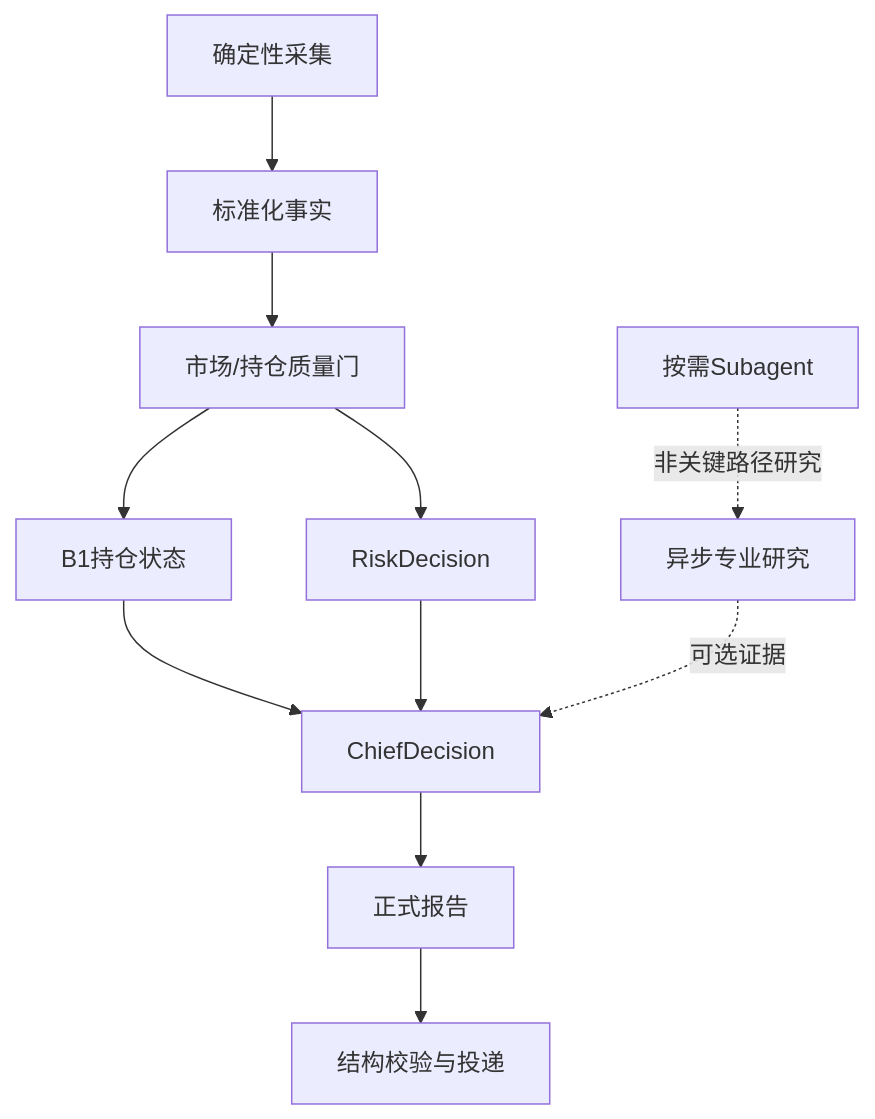
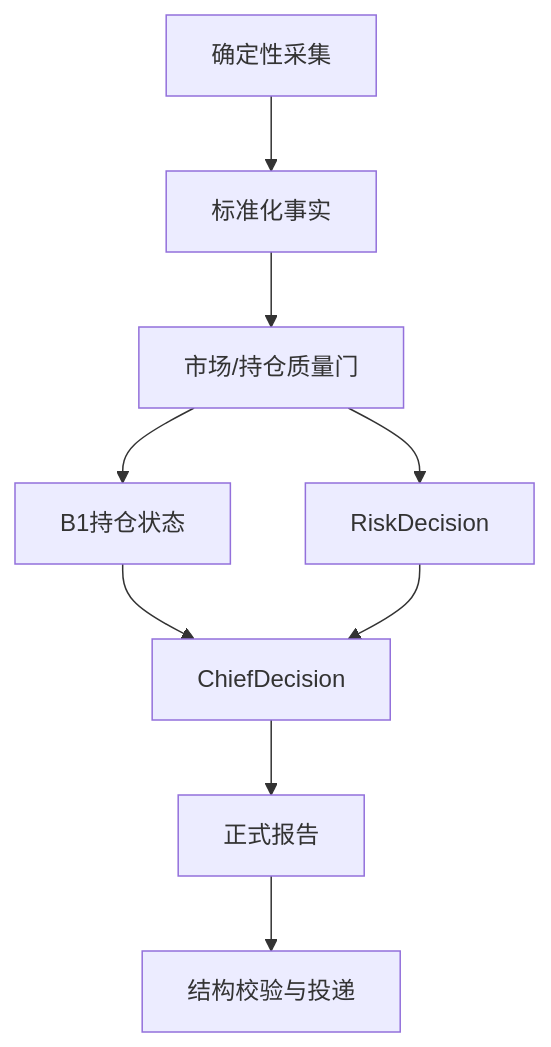
One commit to littleguohao/Custos changed the diagram in 00_governance/MASTER_WORKFLOW.md. Above: the diagram before and after it, drawn with Mermaid. The commit also changed other lines of this file and 8 other files, not shown here.

````diff
--- a/00_governance/MASTER_WORKFLOW.md
+++ b/00_governance/MASTER_WORKFLOW.md
@@ -29,13 +29,11 @@
 ```mermaid
 flowchart TD
     A[确定性采集] --> B[标准化事实]
     B --> C[市场/持仓质量门]
     C --> D[B1持仓状态]
     C --> E[RiskDecision]
     D --> F[ChiefDecision]
     E --> F
     F --> G[正式报告]
     G --> H[结构校验与投递]
-    I[异步专业研究] -. 可选证据 .-> F
-    J[按需Subagent] -. 非关键路径研究 .-> I
 ```
````
